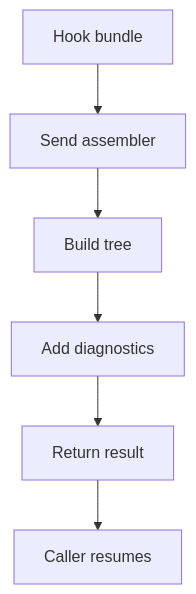
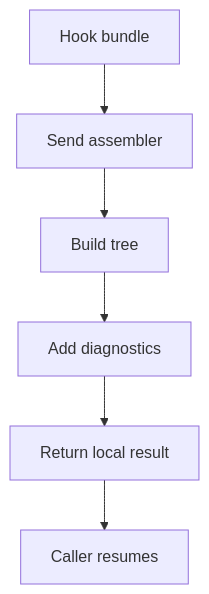
One commit to JohnAndrewBalbarosa/NeoTerritory changed the third of 3 diagrams in docs/Codebase/Microservice/Modules/Source/Analysis/Patterns/Middleman/Middleman/pattern_middleman.cpp.md. Above: the diagram before and after it, drawn with Mermaid. The commit also changed other lines of this file and 925 other files, not shown here.

````diff
--- a/docs/Codebase/Microservice/Modules/Source/Analysis/Patterns/Middleman/Middleman/pattern_middleman.cpp.md
+++ b/docs/Codebase/Microservice/Modules/Source/Analysis/Patterns/Middleman/Middleman/pattern_middleman.cpp.md
@@ -61,14 +61,14 @@
 ```mermaid
 flowchart TD
     Start["Hook bundle"]
     N0["Send assembler"]
     N1["Build tree"]
     N2["Add diagnostics"]
-    N3["Return result"]
+    N3["Return local result"]
     End["Caller resumes"]
     Start --> N0
     N0 --> N1
     N1 --> N2
     N2 --> N3
     N3 --> End
 ```
````
